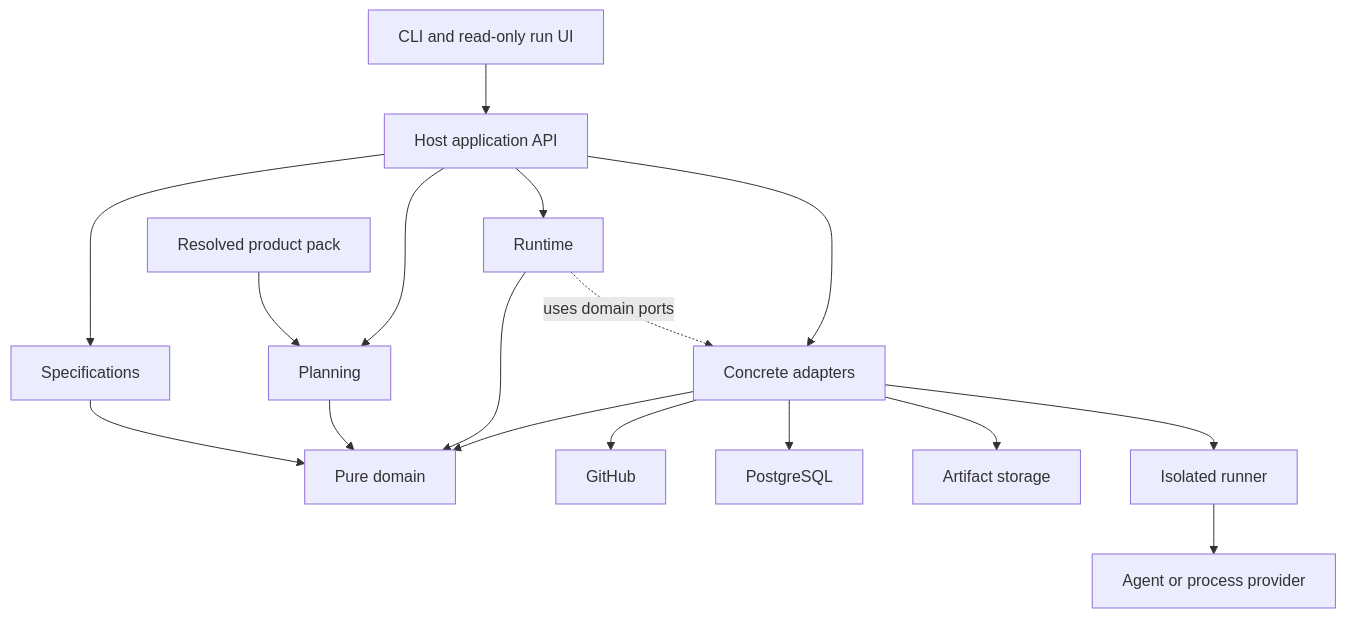
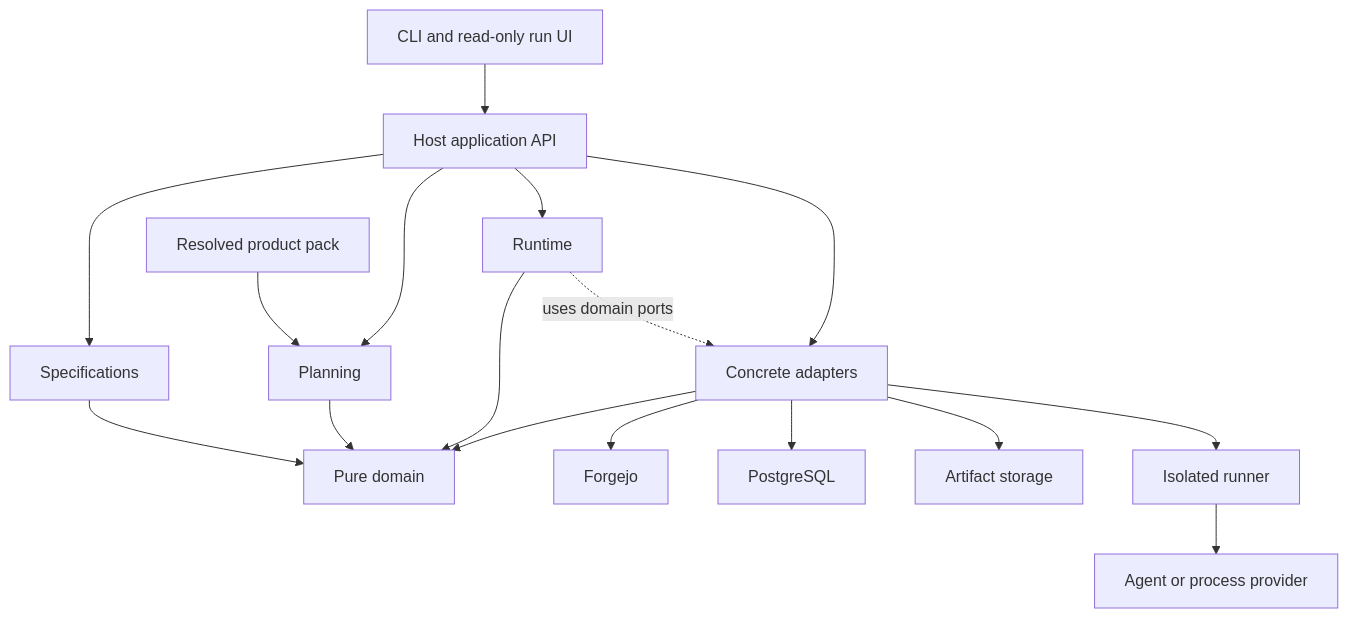
Before and after one commit to FS-GG/.github: the diagram in docs/roadmaps/2026-10-10-fsgg-v3-clean-rewrite.md, drawn with Mermaid. The commit also changed other lines of this file and 2 other files, not shown here.

First line of the commit message:
docs: simplify v3 design and propose Forgejo (#4389)

````diff
--- a/docs/roadmaps/2026-10-10-fsgg-v3-clean-rewrite.md
+++ b/docs/roadmaps/2026-10-10-fsgg-v3-clean-rewrite.md
@@ -70,19 +70,19 @@
 ```mermaid
 flowchart TD
     UI[CLI and read-only run UI] --> HOST[Host application API]
     HOST --> SPEC[Specifications]
     HOST --> PLAN[Planning]
     HOST --> RT[Runtime]
     SPEC --> D[Pure domain]
     PLAN --> D
     RT --> D
     PACK[Resolved product pack] --> PLAN
     HOST --> AD[Concrete adapters]
     AD --> D
     RT -. uses domain ports .-> AD
-    AD --> GH[GitHub]
+    AD --> FORGE[Forgejo]
     AD --> DB[PostgreSQL]
     AD --> STORE[Artifact storage]
     AD --> RUN[Isolated runner]
     RUN --> EXEC[Agent or process provider]
 ```
````
